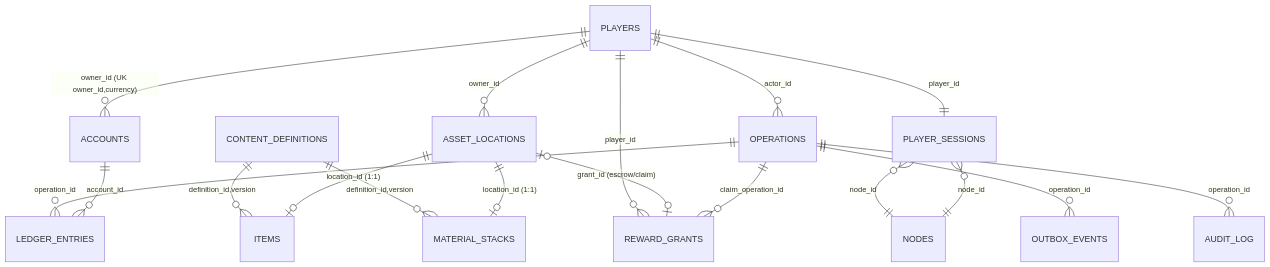
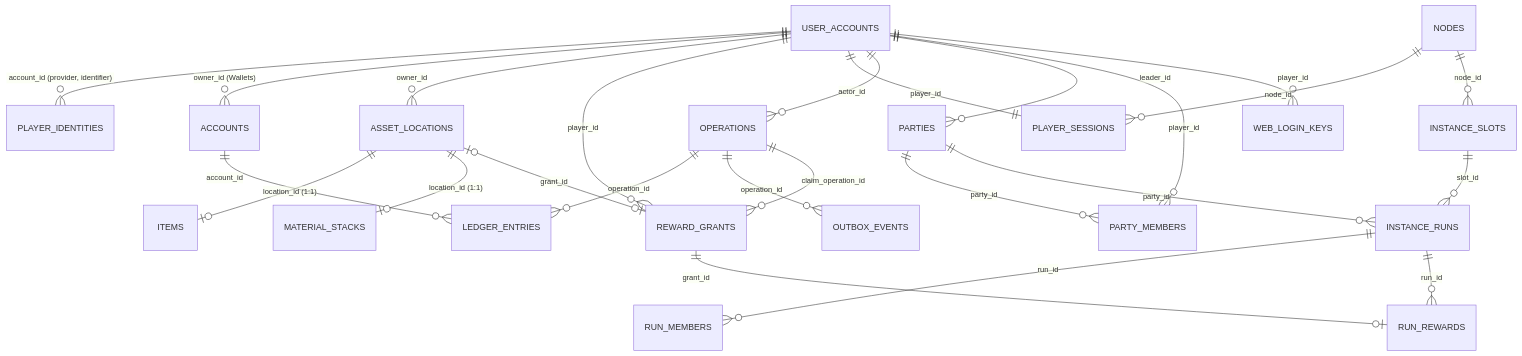
Before and after one commit to asnise/DiamensionMinerServer: the diagram in docs/database-schema.md, drawn with Mermaid. The commit also changed other lines of this file and 73 other files, not shown here.

Commit message:
feat: initialize core Minecraft plugin, database schemas, and web console interface

````diff
--- a/docs/database-schema.md
+++ b/docs/database-schema.md
@@ -51,20 +49,31 @@
 ```mermaid
 erDiagram
-    PLAYERS ||--o{ ACCOUNTS : "owner_id (UK owner_id,currency)"
-    PLAYERS ||--o{ ASSET_LOCATIONS : "owner_id"
-    PLAYERS ||--o{ REWARD_GRANTS : "player_id"
-    PLAYERS ||--|| PLAYER_SESSIONS : "player_id"
+    USER_ACCOUNTS ||--o{ PLAYER_IDENTITIES : "account_id (provider, identifier)"
+    USER_ACCOUNTS ||--o{ ACCOUNTS : "owner_id (Wallets)"
+    USER_ACCOUNTS ||--o{ ASSET_LOCATIONS : "owner_id"
+    USER_ACCOUNTS ||--o{ REWARD_GRANTS : "player_id"
+    USER_ACCOUNTS ||--|| PLAYER_SESSIONS : "player_id"
+    USER_ACCOUNTS ||--o{ OPERATIONS : "actor_id"
+    USER_ACCOUNTS ||--o{ PARTIES : "leader_id"
+    USER_ACCOUNTS ||--o{ PARTY_MEMBERS : "player_id"
+    USER_ACCOUNTS ||--o{ WEB_LOGIN_KEYS : "player_id"
+    
+    PARTIES ||--o{ PARTY_MEMBERS : "party_id"
+    PARTIES ||--o{ INSTANCE_RUNS : "party_id"
+    
     NODES ||--o{ PLAYER_SESSIONS : "node_id"
-    PLAYERS ||--o{ OPERATIONS : "actor_id"
+    NODES ||--o{ INSTANCE_SLOTS : "node_id"
+    INSTANCE_SLOTS ||--o{ INSTANCE_RUNS : "slot_id"
+    INSTANCE_RUNS ||--o{ RUN_MEMBERS : "run_id"
+    INSTANCE_RUNS ||--o{ RUN_REWARDS : "run_id"
+    
     OPERATIONS ||--o{ LEDGER_ENTRIES : "operation_id"
     OPERATIONS ||--o{ OUTBOX_EVENTS : "operation_id"
-    OPERATIONS ||--o{ AUDIT_LOG : "operation_id"
+    OPERATIONS ||--o{ REWARD_GRANTS : "claim_operation_id"
+    
     ACCOUNTS ||--o{ LEDGER_ENTRIES : "account_id"
-    CONTENT_DEFINITIONS ||--o{ ITEMS : "definition_id,version"
-    CONTENT_DEFINITIONS ||--o{ MATERIAL_STACKS : "definition_id,version"
     ASSET_LOCATIONS ||--o| ITEMS : "location_id (1:1)"
     ASSET_LOCATIONS ||--o| MATERIAL_STACKS : "location_id (1:1)"
-    ASSET_LOCATIONS o|--o| REWARD_GRANTS : "grant_id (escrow/claim)"
-    OPERATIONS ||--o{ REWARD_GRANTS : "claim_operation_id"
-    PLAYER_SESSIONS }o--|| NODES : "node_id"
+    ASSET_LOCATIONS o|--o| REWARD_GRANTS : "grant_id"
+    REWARD_GRANTS ||--o| RUN_REWARDS : "grant_id"
 ```
````
